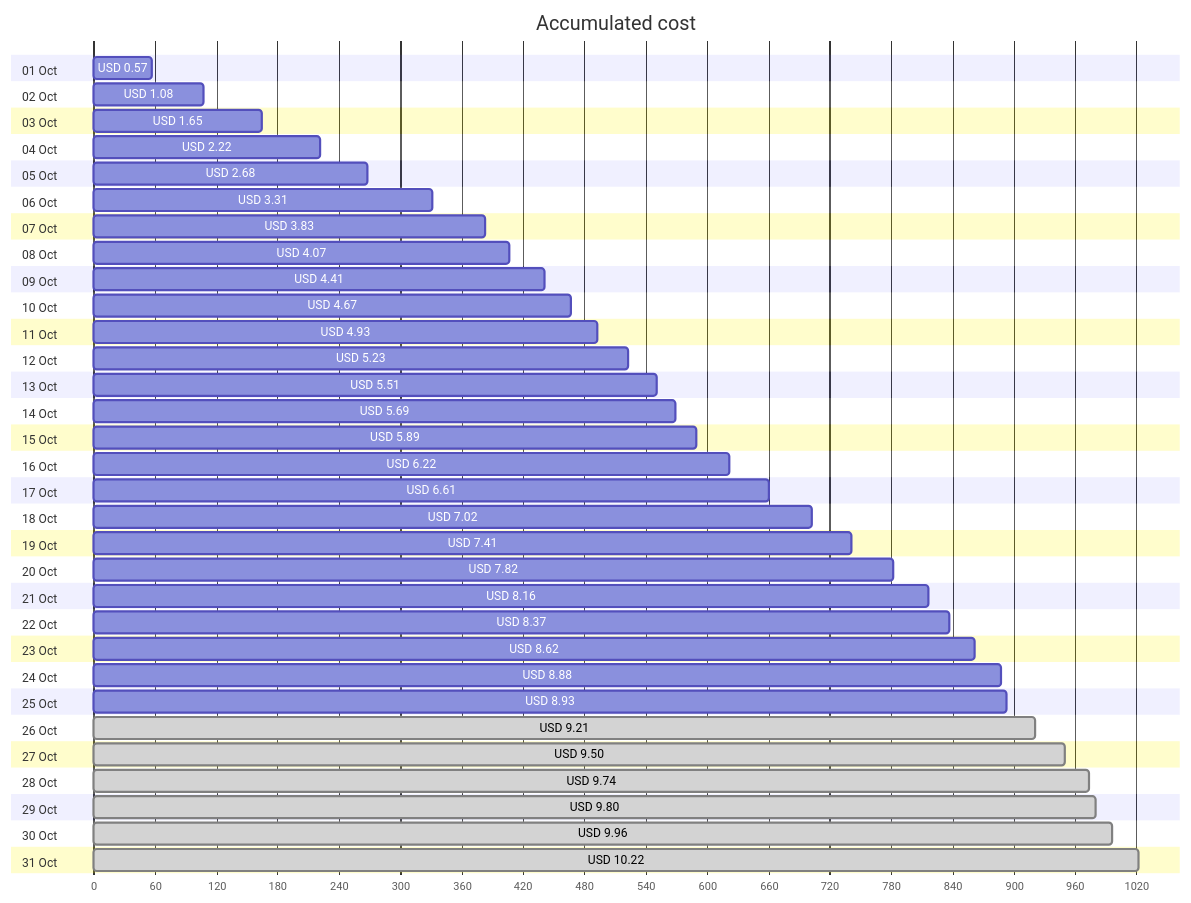
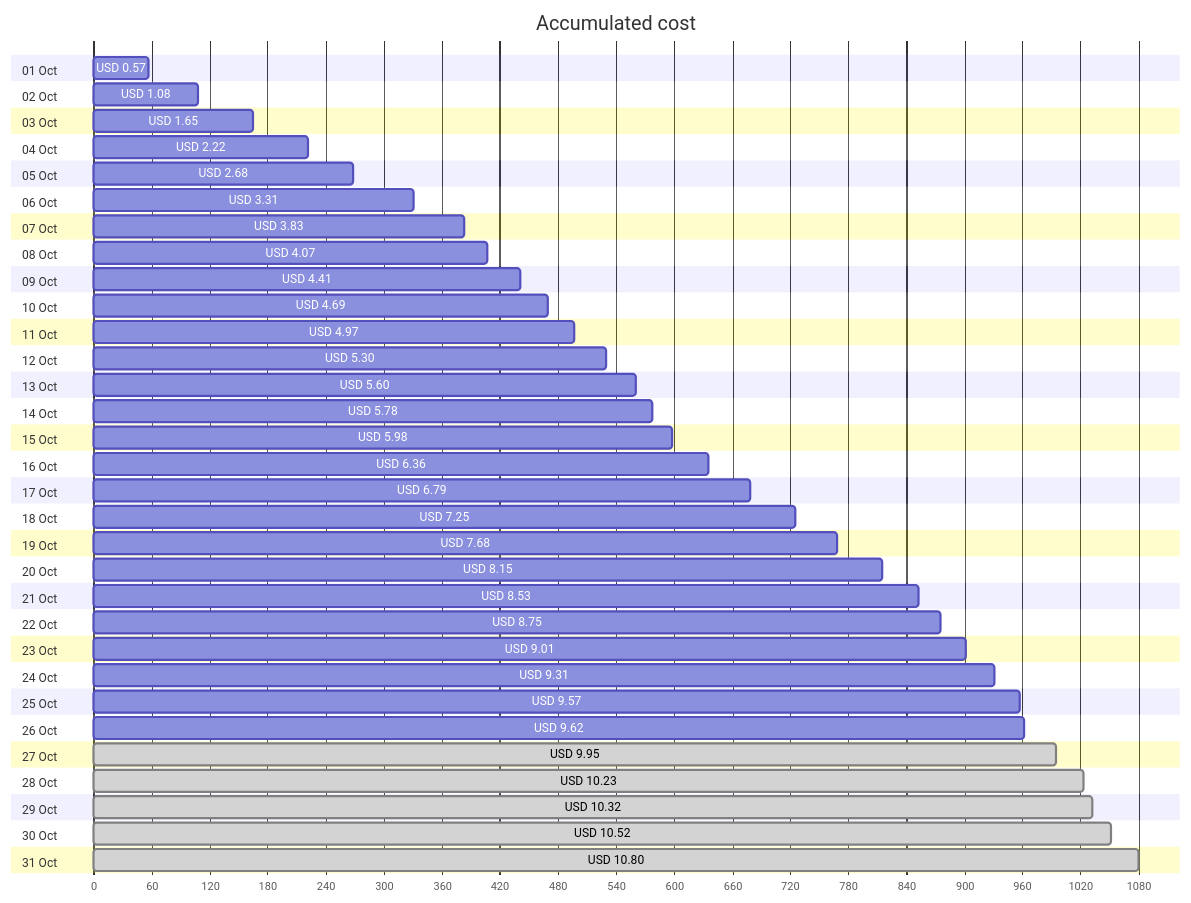
The first of 4 diagrams in cost-reports/personal-network/vpn-server.md (jpfulton/azure-personal-reports), drawn with Mermaid before and after one commit. The commit also changed other lines of this file and 7 other files, not shown here.

````diff
--- a/cost-reports/personal-network/vpn-server.md
+++ b/cost-reports/personal-network/vpn-server.md
@@ -20,68 +20,68 @@
 ```mermaid
 gantt
    title Accumulated cost
    dateFormat  X
    axisFormat %s
    section 01 Oct
    USD 0.57 :0, 57
    section 02 Oct
    USD 1.08 :0, 108
    section 03 Oct
    USD 1.65 :0, 165
    section 04 Oct
    USD 2.22 :0, 222
    section 05 Oct
    USD 2.68 :0, 268
    section 06 Oct
    USD 3.31 :0, 331
    section 07 Oct
    USD 3.83 :0, 383
    section 08 Oct
    USD 4.07 :0, 407
    section 09 Oct
    USD 4.41 :0, 441
    section 10 Oct
-   USD 4.67 :0, 467
+   USD 4.69 :0, 469
    section 11 Oct
-   USD 4.93 :0, 493
+   USD 4.97 :0, 497
    section 12 Oct
-   USD 5.23 :0, 523
+   USD 5.30 :0, 530
    section 13 Oct
-   USD 5.51 :0, 551
+   USD 5.60 :0, 560
    section 14 Oct
-   USD 5.69 :0, 569
+   USD 5.78 :0, 578
    section 15 Oct
-   USD 5.89 :0, 589
+   USD 5.98 :0, 598
    section 16 Oct
-   USD 6.22 :0, 622
+   USD 6.36 :0, 636
    section 17 Oct
-   USD 6.61 :0, 661
+   USD 6.79 :0, 679
    section 18 Oct
-   USD 7.02 :0, 702
+   USD 7.25 :0, 725
    section 19 Oct
-   USD 7.41 :0, 741
+   USD 7.68 :0, 768
    section 20 Oct
-   USD 7.82 :0, 782
+   USD 8.15 :0, 815
    section 21 Oct
-   USD 8.16 :0, 816
+   USD 8.53 :0, 853
    section 22 Oct
-   USD 8.37 :0, 837
+   USD 8.75 :0, 875
    section 23 Oct
-   USD 8.62 :0, 862
+   USD 9.01 :0, 901
    section 24 Oct
-   USD 8.88 :0, 888
+   USD 9.31 :0, 931
    section 25 Oct
-   USD 8.93 :0, 893
+   USD 9.57 :0, 957
    section 26 Oct
-   USD 9.21 : done, 0, 921
+   USD 9.62 :0, 962
    section 27 Oct
-   USD 9.50 : done, 0, 950
+   USD 9.95 : done, 0, 995
    section 28 Oct
-   USD 9.74 : done, 0, 974
+   USD 10.23 : done, 0, 1023
    section 29 Oct
-   USD 9.80 : done, 0, 980
+   USD 10.32 : done, 0, 1032
    section 30 Oct
-   USD 9.96 : done, 0, 996
+   USD 10.52 : done, 0, 1052
    section 31 Oct
-   USD 10.22 : done, 0, 1022
+   USD 10.80 : done, 0, 1080
 ```
````
